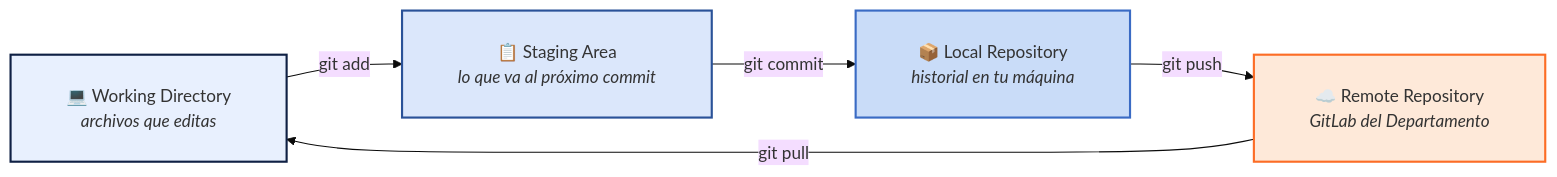
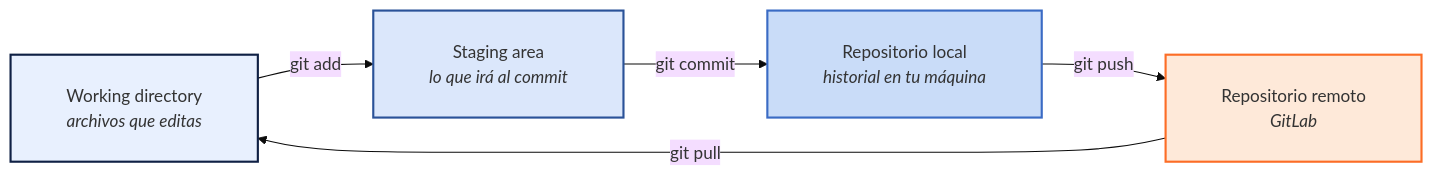
The first of 3 diagrams in ads/git_gitlab.qmd (fralfaro/talks), drawn with Mermaid (base theme) before and after one commit. The commit also changed other lines of this file and 16 other files, not shown here.

````diff
--- a/ads/git_gitlab.qmd
+++ b/ads/git_gitlab.qmd
@@ -278,14 +219,14 @@
 ```{mermaid}
 %%| fig-width: 12
 %%{init: {'flowchart': {'padding': 26, 'nodeSpacing': 45, 'rankSpacing': 60}}}%%
 flowchart LR
-    A["💻 Working Directory<br/><i>archivos que editas</i>"] -->|git add| B["📋 Staging Area<br/><i>lo que va al próximo commit</i>"]
-    B -->|git commit| C["📦 Local Repository<br/><i>historial en tu máquina</i>"]
-    C -->|git push| D["☁️ Remote Repository<br/><i>GitLab del Departamento</i>"]
+    A["Working directory<br/><i>archivos que editas</i>"] -->|git add| B["Staging area<br/><i>lo que irá al commit</i>"]
+    B -->|git commit| C["Repositorio local<br/><i>historial en tu máquina</i>"]
+    C -->|git push| D["Repositorio remoto<br/><i>GitLab</i>"]
     D -->|git pull| A
 
     style A fill:#e8f0fe,stroke:#0F2044,stroke-width:2px
     style B fill:#dbe7fb,stroke:#2a5298,stroke-width:2px
     style C fill:#c9dcf8,stroke:#3a6bc4,stroke-width:2px
     style D fill:#FEE9D9,stroke:#FC6D26,stroke-width:2px
 ```
````
